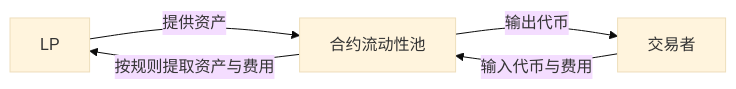
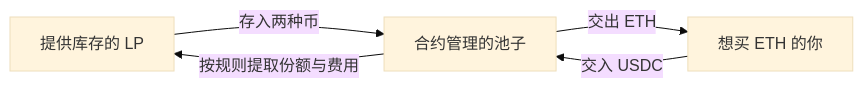
The fifth of 9 diagrams in EF5560_Fintech_and_AI_in_Finance/notes/M07-比特币以太坊与加密金融商业模式.md (CercaTrovato/cityu-ai-course-notes), drawn with Mermaid (base theme) before and after one commit. The commit also changed other lines of this file and 19 other files, not shown here.

````diff
--- a/EF5560_Fintech_and_AI_in_Finance/notes/M07-比特币以太坊与加密金融商业模式.md
+++ b/EF5560_Fintech_and_AI_in_Finance/notes/M07-比特币以太坊与加密金融商业模式.md
@@ -1135,7 +1168,7 @@
 ```mermaid
 flowchart LR
- L[LP] -->|提供资产| P[合约流动性池]
- P -->|按规则提取资产与费用| L
- T[交易者] -->|输入代币与费用| P
- P -->|输出代币| T
+ L[提供库存的 LP] -->|存入两种币| P[合约管理的池子]
+ P -->|按规则提取份额与费用| L
+ U[想买 ETH 的你] -->|交入 USDC| P
+ P -->|交出 ETH| U
 ```
````
